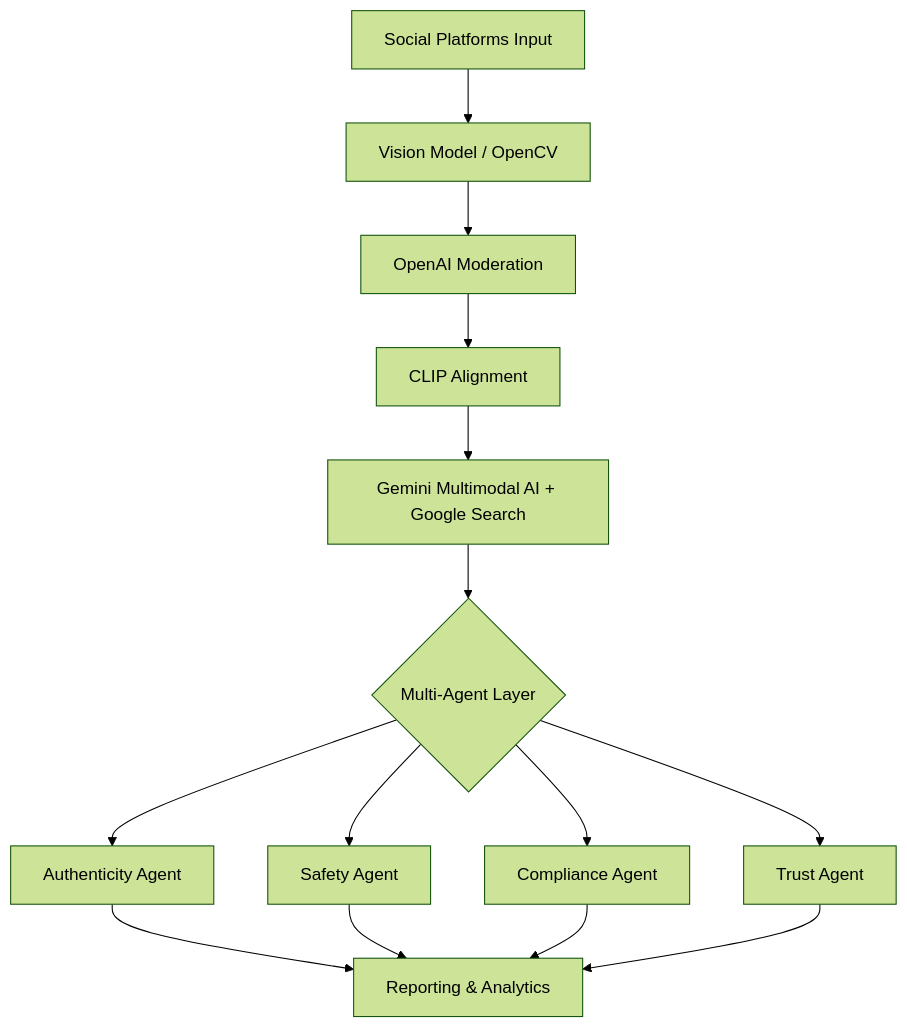
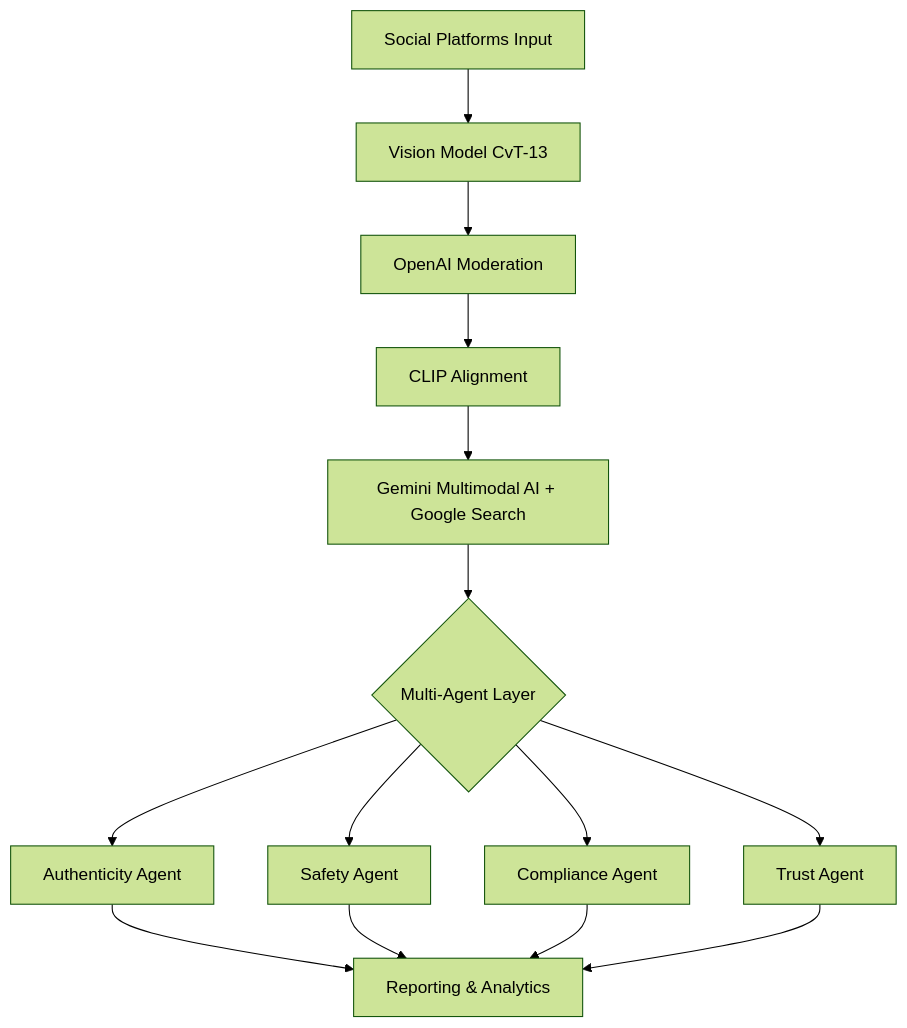
One commit to vishwashdark/dashboard changed the diagram in README.md. Above: the diagram before and after it, drawn with Mermaid (forest theme). The commit also changed other lines of this file, not shown here.

````diff
--- a/README.md
+++ b/README.md
@@ -40,13 +40,13 @@
 ```mermaid
 graph TD
-    A[Social Platforms Input] --> B[Vision Model / OpenCV]
+    A[Social Platforms Input] --> B[Vision Model CvT-13]
     B --> C[OpenAI Moderation]
     C --> D[CLIP Alignment]
     D --> E[Gemini Multimodal AI + Google Search]
     E --> F{Multi-Agent Layer}
     F --> G[Authenticity Agent]
     F --> H[Safety Agent]
     F --> I[Compliance Agent]
     F --> J[Trust Agent]
     G & H & I & J --> K[Reporting & Analytics]
 ```
````
